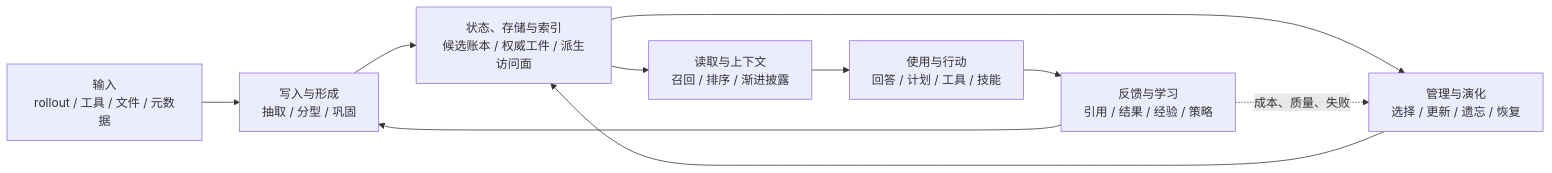
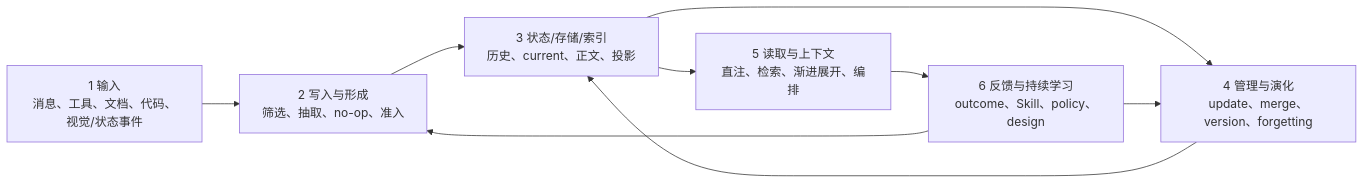
The diagram in frontier-research/agent-memory-practical/2026-08-25/reader/overview.md (zhan7653/track-tech-frontier), drawn with Mermaid before and after one commit. The commit also changed other lines of this file and 29 other files, not shown here.

````diff
--- a/frontier-research/agent-memory-practical/2026-08-25/reader/overview.md
+++ b/frontier-research/agent-memory-practical/2026-08-25/reader/overview.md
@@ -11,13 +11,14 @@
 ```mermaid
 flowchart LR
-  A[输入\nrollout / 工具 / 文件 / 元数据]
-  B[写入与形成\n抽取 / 分型 / 巩固]
-  C[状态、存储与索引\n候选账本 / 权威工件 / 派生访问面]
-  D[管理与演化\n选择 / 更新 / 遗忘 / 恢复]
-  E[读取与上下文\n召回 / 排序 / 渐进披露]
-  F[使用与行动\n回答 / 计划 / 工具 / 技能]
-  G[反馈与学习\n引用 / 结果 / 经验 / 策略]
-  A --> B --> C --> D --> C
-  C --> E --> F --> G --> B
-  G -.成本、质量、失败.-> D
+  A[1 输入<br/>消息、工具、文档、代码、视觉/状态事件]
+  B[2 写入与形成<br/>筛选、抽取、no-op、准入]
+  C[3 状态/存储/索引<br/>历史、current、正文、投影]
+  D[4 管理与演化<br/>update、merge、version、forgetting]
+  E[5 读取与上下文<br/>直注、检索、渐进展开、编排]
+  F[6 反馈与持续学习<br/>outcome、Skill、policy、design]
+  A --> B --> C
+  C --> D --> C
+  C --> E --> F
+  F --> B
+  F --> D
 ```
````
